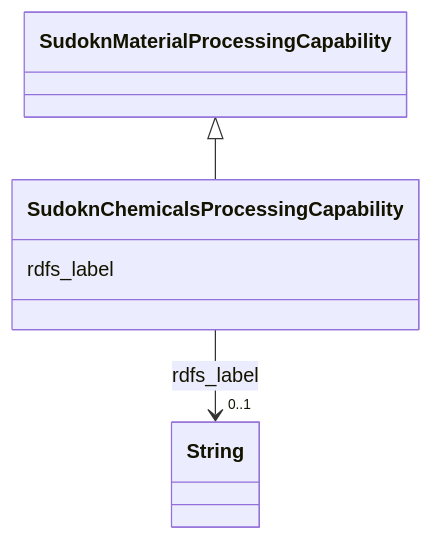
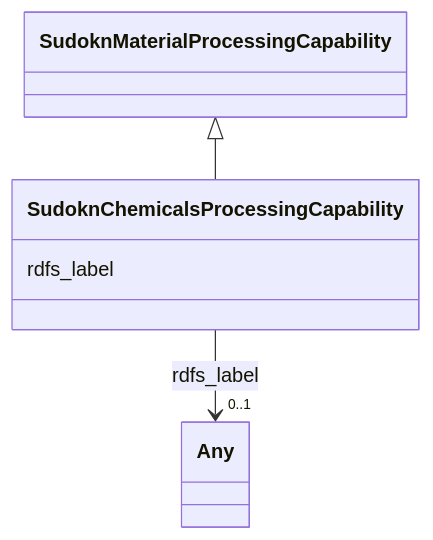
The diagram in sudokn-kg/classes/SudoknChemicalsProcessingCapability.md (frink-okn/graph-descriptions), drawn with Mermaid before and after one commit. The commit also changed other lines of this file and 903 other files, not shown here.

````diff
--- a/sudokn-kg/classes/SudoknChemicalsProcessingCapability.md
+++ b/sudokn-kg/classes/SudoknChemicalsProcessingCapability.md
@@ -23,18 +18,18 @@
 ```mermaid
  classDiagram
     class SudoknChemicalsProcessingCapability
     click SudoknChemicalsProcessingCapability href "../SudoknChemicalsProcessingCapability"
       SudoknMaterialProcessingCapability <|-- SudoknChemicalsProcessingCapability
         click SudoknMaterialProcessingCapability href "../SudoknMaterialProcessingCapability"
       
       SudoknChemicalsProcessingCapability : rdfs_label
         
           
     
     
-    SudoknChemicalsProcessingCapability --> "0..1" String : rdfs_label
-    click String href "../String"
+    SudoknChemicalsProcessingCapability --> "0..1" Any : rdfs_label
+    click Any href "../Any"
 
         
       
 ```
````
